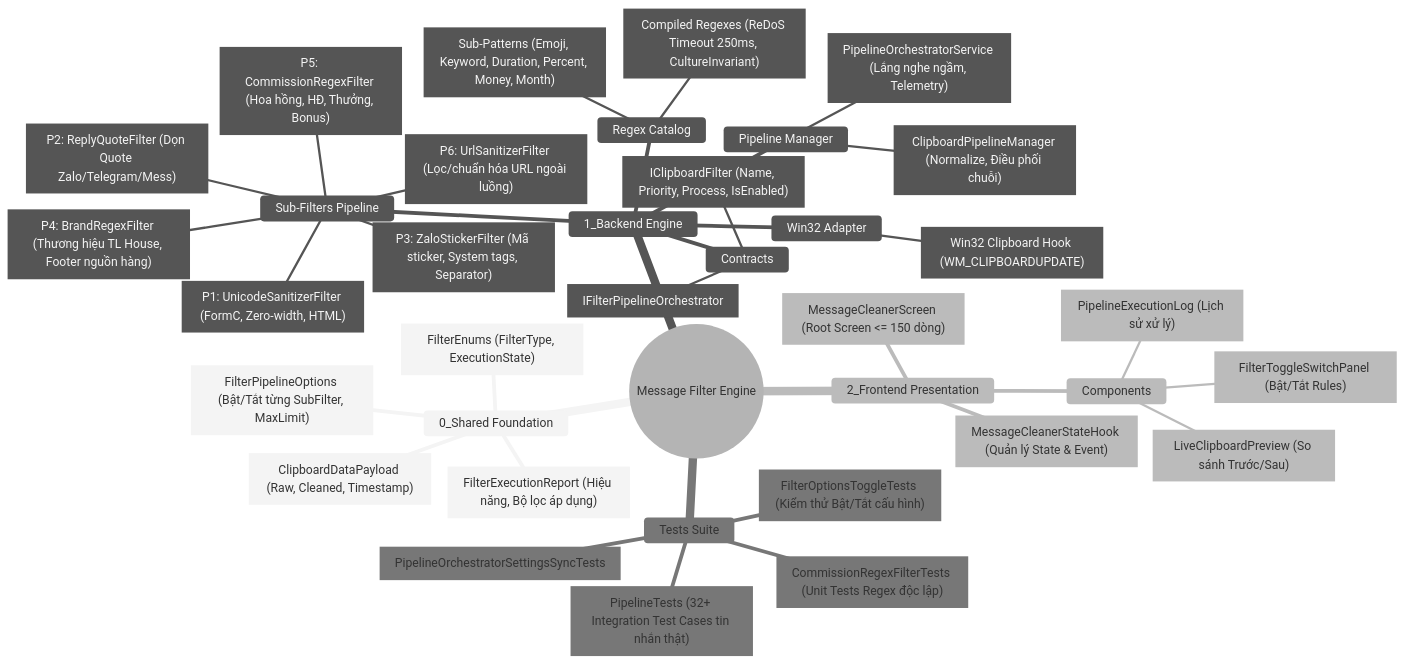
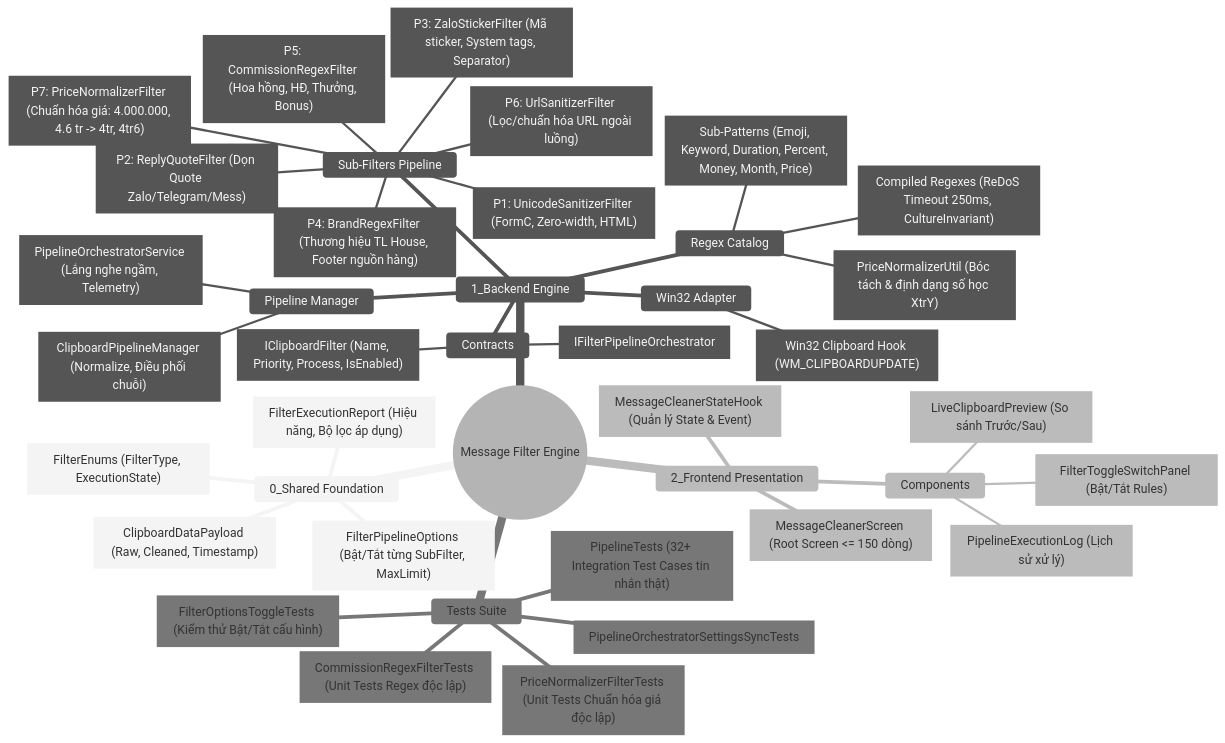
Before and after one commit to vuthuonghai-steve/Sale_extension: the first of 4 diagrams in app_native_desktop/app_forms/Docs/Maps/01_Message_Filter_Regex_Mindmap.md, drawn with Mermaid (neutral theme). The commit also changed other lines of this file and 9 other files, not shown here.

First line of the commit message:
feat(message-filter): add price normalizer filter module and util

````diff
--- a/app_native_desktop/app_forms/Docs/Maps/01_Message_Filter_Regex_Mindmap.md
+++ b/app_native_desktop/app_forms/Docs/Maps/01_Message_Filter_Regex_Mindmap.md
@@ -12,40 +12,43 @@
 ```mermaid
 mindmap
   root((Message Filter Engine))
     0_Shared Foundation
       ClipboardDataPayload["ClipboardDataPayload (Raw, Cleaned, Timestamp)"]
       FilterPipelineOptions["FilterPipelineOptions (Bật/Tắt từng SubFilter, MaxLimit)"]
       FilterExecutionReport["FilterExecutionReport (Hiệu năng, Bộ lọc áp dụng)"]
       FilterEnums["FilterEnums (FilterType, ExecutionState)"]
     1_Backend Engine
       Contracts
         IClipboardFilter["IClipboardFilter (Name, Priority, Process, IsEnabled)"]
         IFilterPipelineOrchestrator["IFilterPipelineOrchestrator"]
       Pipeline Manager
         ClipboardPipelineManager["ClipboardPipelineManager (Normalize, Điều phối chuỗi)"]
         PipelineOrchestratorService["PipelineOrchestratorService (Lắng nghe ngầm, Telemetry)"]
       Sub-Filters Pipeline
         1 UnicodeSanitizerFilter["P1: UnicodeSanitizerFilter (FormC, Zero-width, HTML)"]
         2 ReplyQuoteFilter["P2: ReplyQuoteFilter (Dọn Quote Zalo/Telegram/Mess)"]
         3 ZaloStickerFilter["P3: ZaloStickerFilter (Mã sticker, System tags, Separator)"]
         4 BrandRegexFilter["P4: BrandRegexFilter (Thương hiệu TL House, Footer nguồn hàng)"]
         5 CommissionRegexFilter["P5: CommissionRegexFilter (Hoa hồng, HĐ, Thưởng, Bonus)"]
         6 UrlSanitizerFilter["P6: UrlSanitizerFilter (Lọc/chuẩn hóa URL ngoài luồng)"]
+        7 PriceNormalizerFilter["P7: PriceNormalizerFilter (Chuẩn hóa giá: 4.000.000, 4.6 tr -> 4tr, 4tr6)"]
       Regex Catalog
-        Sub-Patterns["Sub-Patterns (Emoji, Keyword, Duration, Percent, Money, Month)"]
+        Sub-Patterns["Sub-Patterns (Emoji, Keyword, Duration, Percent, Money, Month, Price)"]
         Compiled Regexes["Compiled Regexes (ReDoS Timeout 250ms, CultureInvariant)"]
+        PriceNormalizerUtil["PriceNormalizerUtil (Bóc tách & định dạng số học XtrY)"]
       Win32 Adapter
         Win32ClipboardListenerAdapter["Win32 Clipboard Hook (WM_CLIPBOARDUPDATE)"]
     2_Frontend Presentation
       MessageCleanerScreen["MessageCleanerScreen (Root Screen <= 150 dòng)"]
       MessageCleanerStateHook["MessageCleanerStateHook (Quản lý State & Event)"]
       Components
         FilterToggleSwitchPanelComponent["FilterToggleSwitchPanel (Bật/Tắt Rules)"]
         LiveClipboardPreviewComponent["LiveClipboardPreview (So sánh Trước/Sau)"]
         PipelineExecutionLogComponent["PipelineExecutionLog (Lịch sử xử lý)"]
     Tests Suite
       CommissionRegexFilterTests["CommissionRegexFilterTests (Unit Tests Regex độc lập)"]
+      PriceNormalizerFilterTests["PriceNormalizerFilterTests (Unit Tests Chuẩn hóa giá độc lập)"]
       PipelineTests["PipelineTests (32+ Integration Test Cases tin nhắn thật)"]
       FilterOptionsToggleTests["FilterOptionsToggleTests (Kiểm thử Bật/Tắt cấu hình)"]
       SettingsSyncTests["PipelineOrchestratorSettingsSyncTests"]
 ```
````
